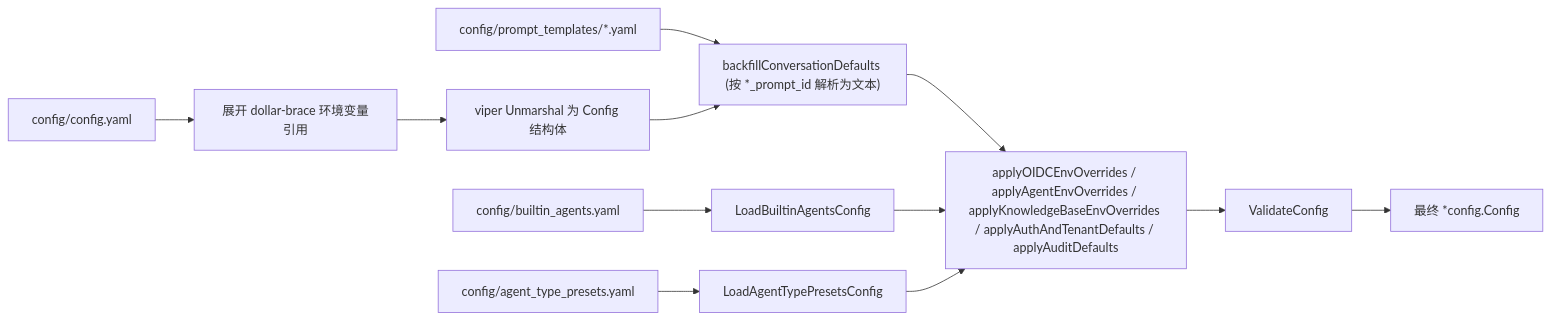
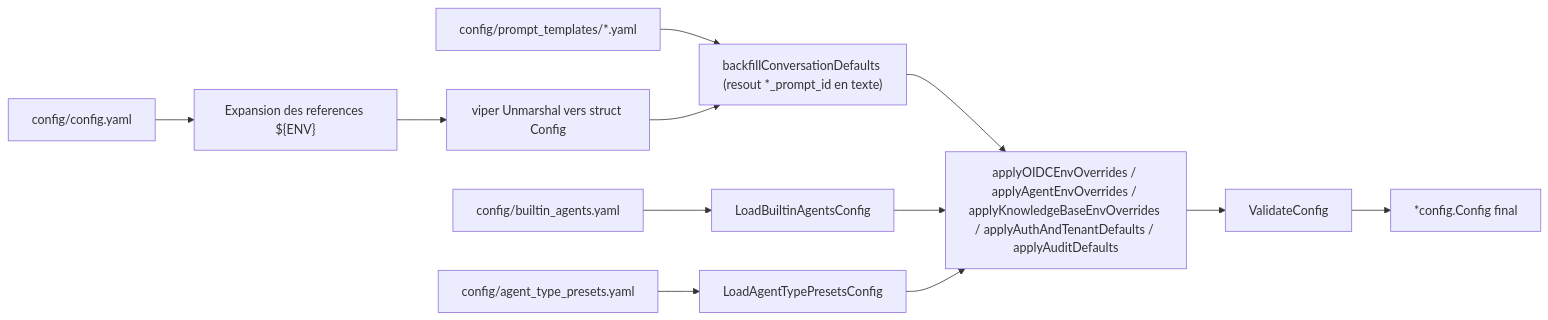
One commit to samiriggui-code/gsms-template changed the diagram in website-docs/01-getting-started/04-configuration.md. Above: the diagram before and after it, drawn with Mermaid. The commit also changed other lines of this file and 301 other files, not shown here.

````diff
--- a/website-docs/01-getting-started/04-configuration.md
+++ b/website-docs/01-getting-started/04-configuration.md
@@ -27,13 +27,13 @@
 ```mermaid
 flowchart LR
-    Y["config/config.yaml"] --> EXP["展开 dollar-brace 环境变量引用"]
-    EXP --> V["viper Unmarshal 为 Config 结构体"]
-    PT["config/prompt_templates/*.yaml"] --> BF["backfillConversationDefaults (按 *_prompt_id 解析为文本)"]
+    Y["config/config.yaml"] --> EXP["Expansion des references ${ENV}"]
+    EXP --> V["viper Unmarshal vers struct Config"]
+    PT["config/prompt_templates/*.yaml"] --> BF["backfillConversationDefaults (resout *_prompt_id en texte)"]
     V --> BF
     BA["config/builtin_agents.yaml"] --> LD["LoadBuiltinAgentsConfig"]
     AP["config/agent_type_presets.yaml"] --> LD2["LoadAgentTypePresetsConfig"]
     BF --> OV["applyOIDCEnvOverrides / applyAgentEnvOverrides / applyKnowledgeBaseEnvOverrides / applyAuthAndTenantDefaults / applyAuditDefaults"]
     LD --> OV
     LD2 --> OV
-    OV --> VC["ValidateConfig"] --> CFG["最终 *config.Config"]
+    OV --> VC["ValidateConfig"] --> CFG["*config.Config final"]
 ```
````
